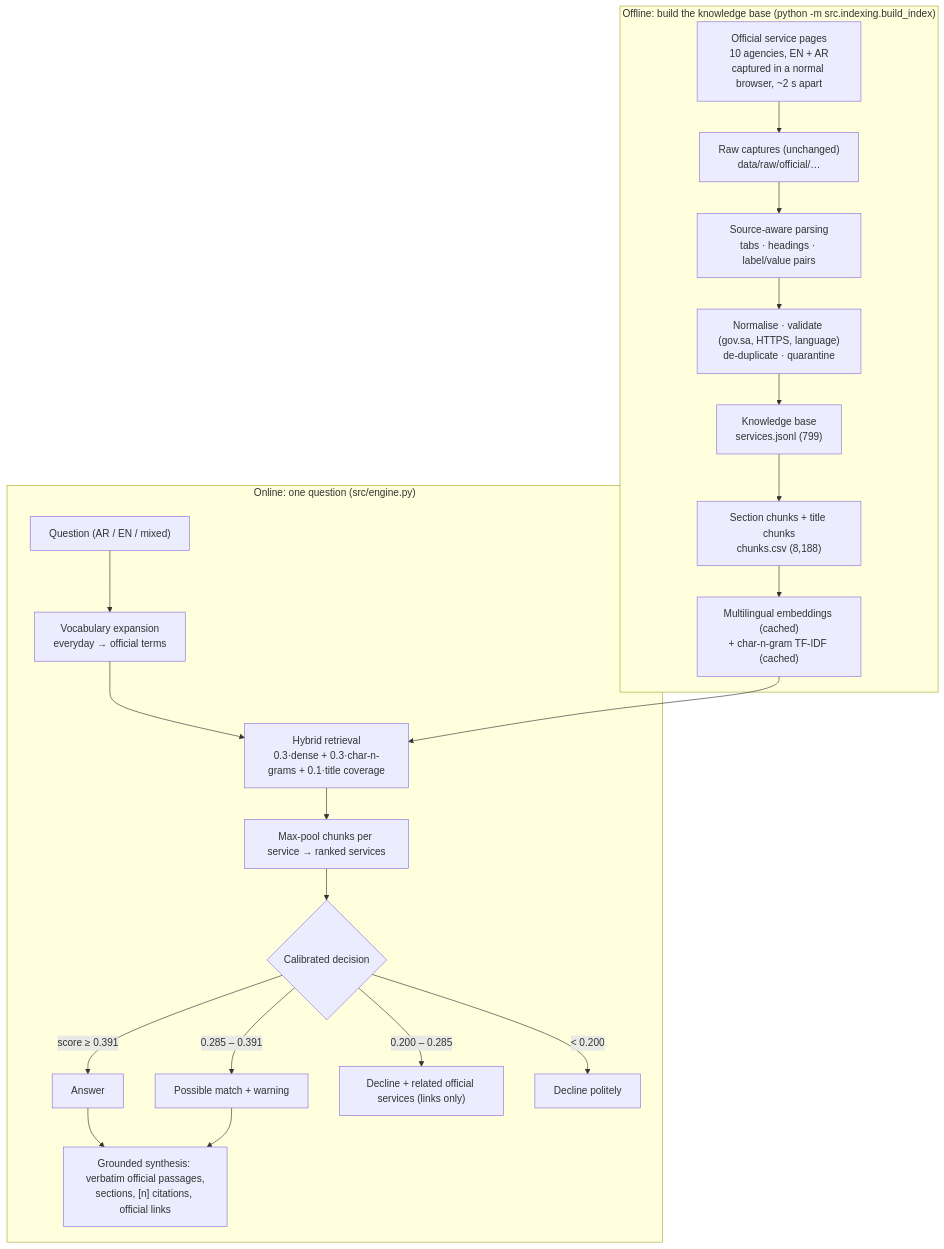
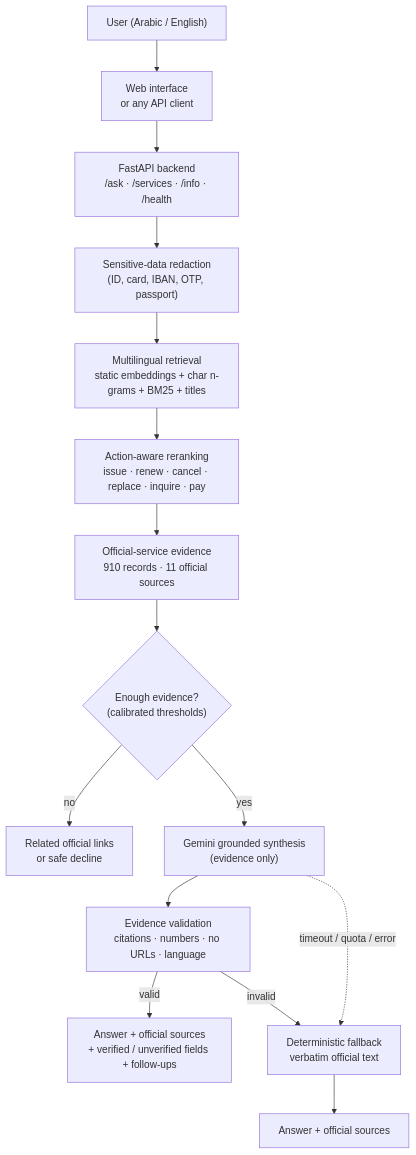
One commit to emanmusheer2008-glitch/dalil-ai changed the diagram in README.md. Above: the diagram before and after it, drawn with Mermaid. The commit also changed other lines of this file and 12 other files, not shown here.

````diff
--- a/README.md
+++ b/README.md
@@ -70,24 +79,17 @@
 ```mermaid
-flowchart TB
-  subgraph Offline["Offline: build the knowledge base (python -m src.indexing.build_index)"]
-    A["Official service pages<br/>10 agencies, EN + AR<br/>captured in a normal browser, ~2 s apart"] --> B["Raw captures (unchanged)<br/>data/raw/official/…"]
-    B --> C["Source-aware parsing<br/>tabs · headings · label/value pairs"]
-    C --> D["Normalise · validate (gov.sa, HTTPS, language)<br/>de-duplicate · quarantine"]
-    D --> E["Knowledge base<br/>services.jsonl (799)"]
-    E --> F["Section chunks + title chunks<br/>chunks.csv (8,188)"]
-    F --> G["Multilingual embeddings (cached)<br/>+ char-n-gram TF-IDF (cached)"]
-  end
-  subgraph Online["Online: one question (src/engine.py)"]
-    Q["Question (AR / EN / mixed)"] --> X["Vocabulary expansion<br/>everyday → official terms"]
-    X --> R["Hybrid retrieval<br/>0.3·dense + 0.3·char-n-grams + 0.1·title coverage"]
-    G --> R
-    R --> P["Max-pool chunks per service → ranked services"]
-    P --> T{"Calibrated decision"}
-    T -->|"score ≥ 0.391"| S["Answer"]
-    T -->|"0.285 – 0.391"| M["Possible match + warning"]
-    T -->|"0.200 – 0.285"| L["Decline + related official services (links only)"]
-    T -->|"< 0.200"| N["Decline politely"]
-    S --> Y["Grounded synthesis: verbatim official passages,<br/>sections, [n] citations, official links"]
-    M --> Y
-  end
+flowchart TD
+    U["User (Arabic / English)"] --> W["Web interface<br/>or any API client"]
+    W --> API["FastAPI backend<br/>/ask · /services · /info · /health"]
+    API --> R["Sensitive-data redaction<br/>(ID, card, IBAN, OTP, passport)"]
+    R --> RET["Multilingual retrieval<br/>static embeddings + char n-grams + BM25 + titles"]
+    RET --> RR["Action-aware reranking<br/>issue · renew · cancel · replace · inquire · pay"]
+    RR --> EV["Official-service evidence<br/>910 records · 11 official sources"]
+    EV --> SUF{"Enough evidence?<br/>(calibrated thresholds)"}
+    SUF -- "no" --> REF["Related official links<br/>or safe decline"]
+    SUF -- "yes" --> GEM["Gemini grounded synthesis<br/>(evidence only)"]
+    GEM --> VAL["Evidence validation<br/>citations · numbers · no URLs · language"]
+    VAL -- "valid" --> ANS["Answer + official sources<br/>+ verified / unverified fields + follow-ups"]
+    VAL -- "invalid" --> FB["Deterministic fallback<br/>verbatim official text"]
+    GEM -. "timeout / quota / error" .-> FB
+    FB --> ANS2["Answer + official sources"]
 ```
````
